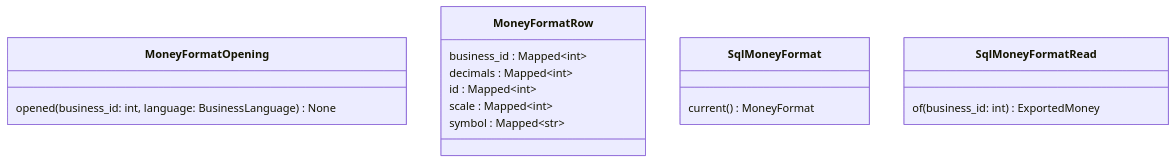
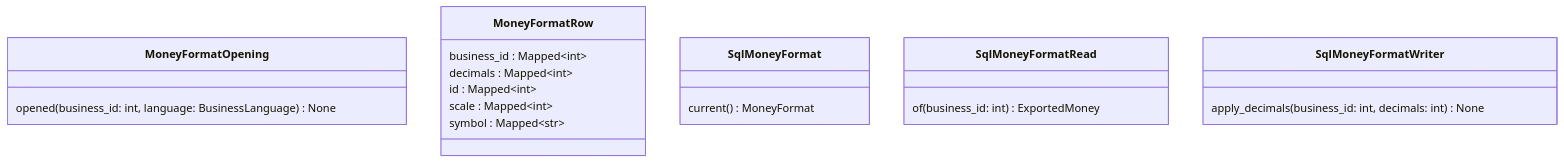
The fourth of 4 diagrams in docs/architecture/generated/classes/money_format.md (GonzaloZevallos/apostrophe), drawn with Mermaid before and after one commit. The commit also changed other lines of this file, not shown here.

Commit message:
Regenerate the money_format class diagram for ApplyDecimals

````diff
--- a/docs/architecture/generated/classes/money_format.md
+++ b/docs/architecture/generated/classes/money_format.md
@@ -40,19 +66,22 @@
 ```mermaid
 classDiagram
   class MoneyFormatOpening {
     opened(business_id: int, language: BusinessLanguage) None
   }
   class MoneyFormatRow {
     business_id : Mapped~int~
     decimals : Mapped~int~
     id : Mapped~int~
     scale : Mapped~int~
     symbol : Mapped~str~
   }
   class SqlMoneyFormat {
     current() MoneyFormat
   }
   class SqlMoneyFormatRead {
     of(business_id: int) ExportedMoney
   }
+  class SqlMoneyFormatWriter {
+    apply_decimals(business_id: int, decimals: int) None
+  }
 ```
````
